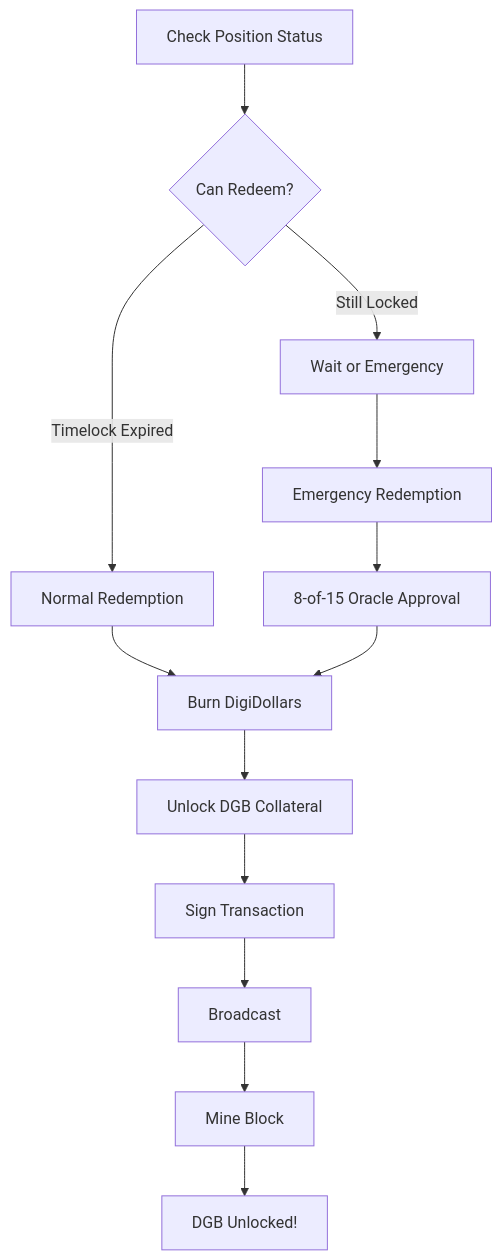
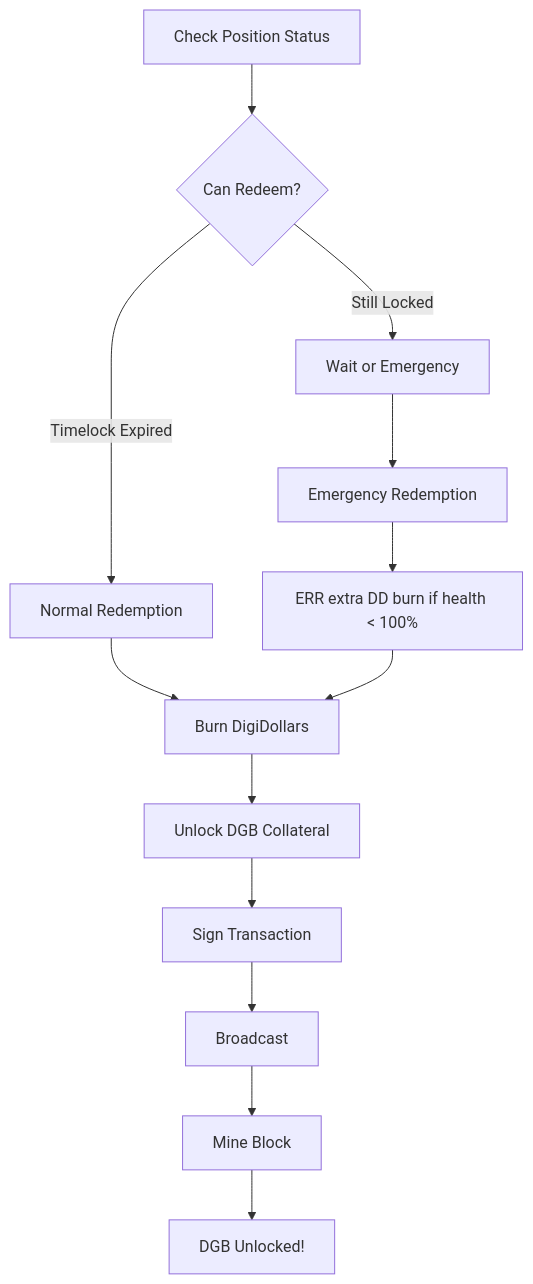
Before and after one commit to JohnnyLawDGB/digibyte: diagram 11 of 12 in digidollar/DIGIDOLLAR_TESTNET_BEGINNERS_GUIDE.md, drawn with Mermaid. The commit also changed other lines of this file and 36 other files, not shown here.

````diff
--- a/digidollar/DIGIDOLLAR_TESTNET_BEGINNERS_GUIDE.md
+++ b/digidollar/DIGIDOLLAR_TESTNET_BEGINNERS_GUIDE.md
@@ -1683,15 +1668,15 @@
 ```mermaid
 graph TD
     A[Check Position Status] --> B{Can Redeem?}
     B -->|Timelock Expired| C[Normal Redemption]
     B -->|Still Locked| D[Wait or Emergency]
     C --> E[Burn DigiDollars]
     E --> F[Unlock DGB Collateral]
     F --> G[Sign Transaction]
     G --> H[Broadcast]
     H --> I[Mine Block]
     I --> J[DGB Unlocked!]
     D --> K[Emergency Redemption]
-    K --> L[8-of-15 Oracle Approval]
+    K --> L[ERR extra DD burn if health < 100%]
     L --> E
 ```
````
